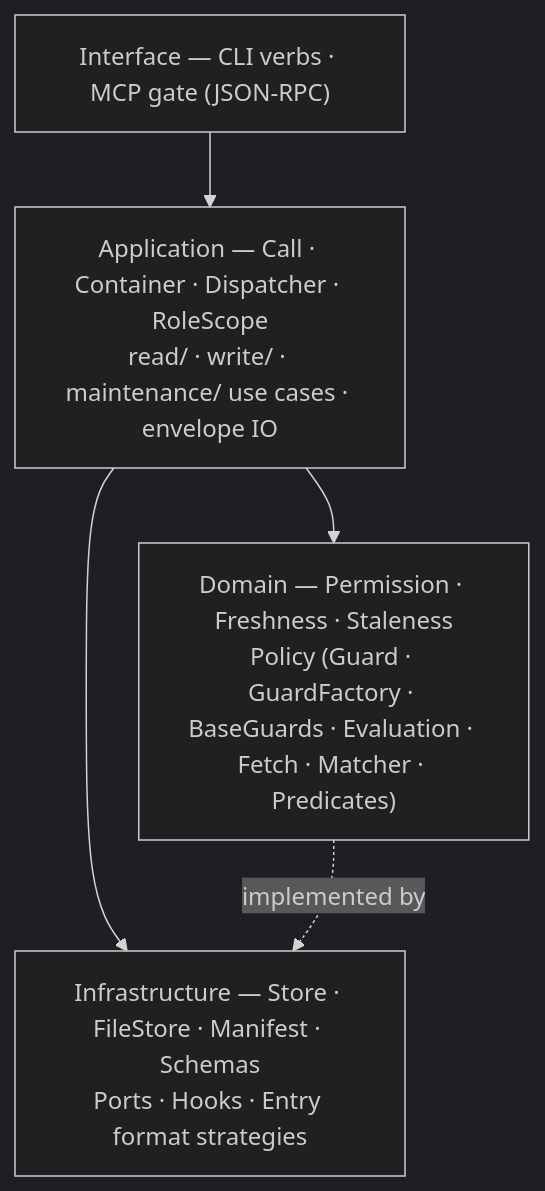
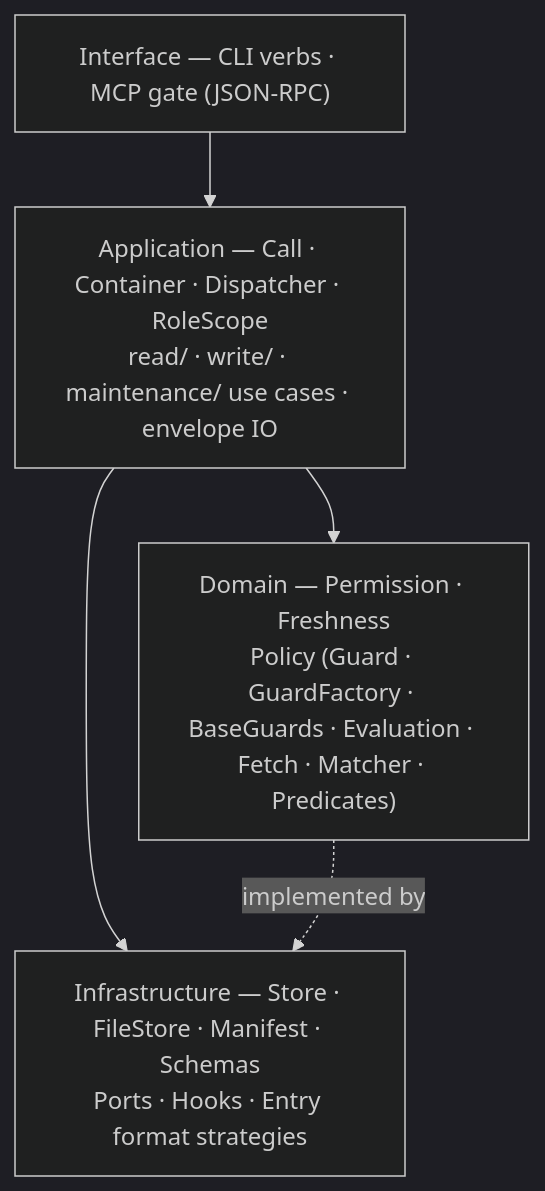
Before and after one commit to patrick204nqh/textus: the diagram in .textus/zones/knowledge/architecture-readme.md, drawn with Mermaid (dark theme). The commit also changed other lines of this file and 21 other files, not shown here.

First line of the commit message:
ADR 0099 — one Freshness evaluator (collapse the staleness family) (#188)

````diff
--- a/.textus/zones/knowledge/architecture-readme.md
+++ b/.textus/zones/knowledge/architecture-readme.md
@@ -6,11 +6,11 @@
 ```mermaid
 flowchart TD
     interface["Interface — CLI verbs · MCP gate (JSON-RPC)"]
     application["Application — Call · Container · Dispatcher · RoleScope<br/>read/ · write/ · maintenance/ use cases · envelope IO"]
-    domain["Domain — Permission · Freshness · Staleness<br/>Policy (Guard · GuardFactory · BaseGuards · Evaluation · Fetch · Matcher · Predicates)"]
+    domain["Domain — Permission · Freshness<br/>Policy (Guard · GuardFactory · BaseGuards · Evaluation · Fetch · Matcher · Predicates)"]
     infra["Infrastructure — Store · FileStore · Manifest · Schemas<br/>Ports · Hooks · Entry format strategies"]
     interface --> application
     application --> domain
     application --> infra
     domain -.->|implemented by| infra
 ```
````
